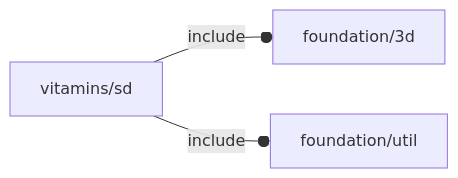
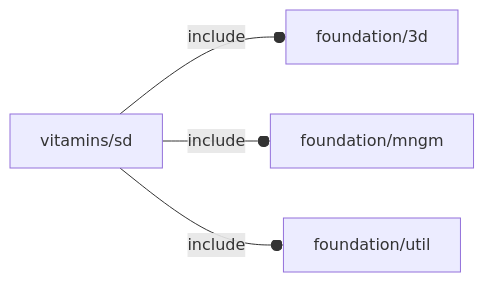
The diagram in orthodocs/vitamins/sd.md (ggabbiani/OFL), drawn with Mermaid before and after one commit. The commit also changed 39 other files, not shown here.

````diff
--- a/orthodocs/vitamins/sd.md
+++ b/orthodocs/vitamins/sd.md
@@ -5,5 +5,6 @@
 ```mermaid
 graph LR
     A1[vitamins/sd] --o|include| A2[foundation/3d]
-    A1 --o|include| A3[foundation/util]
+    A1 --o|include| A3[foundation/mngm]
+    A1 --o|include| A4[foundation/util]
 ```
````
